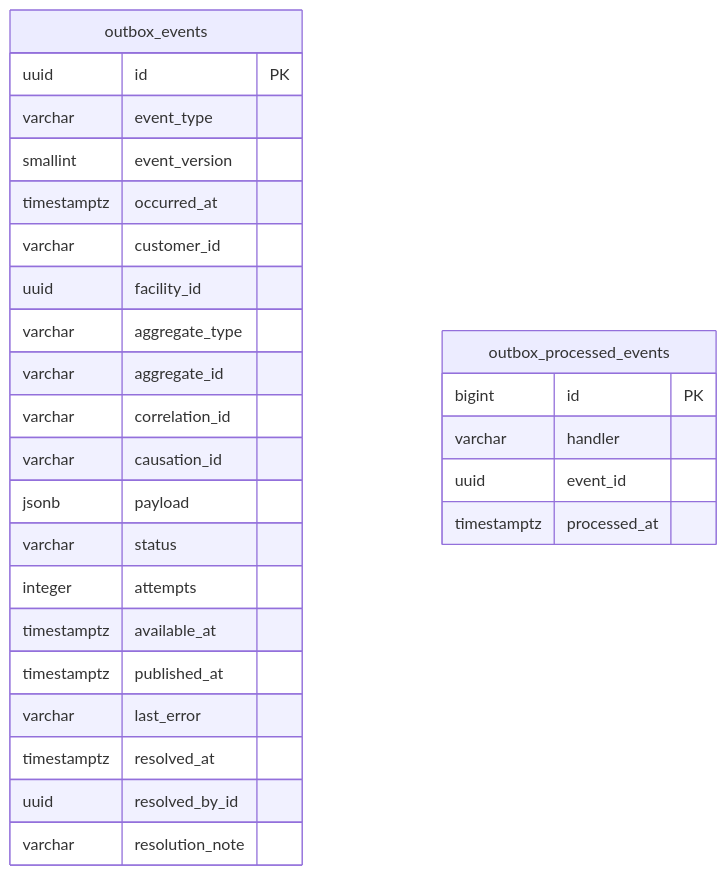
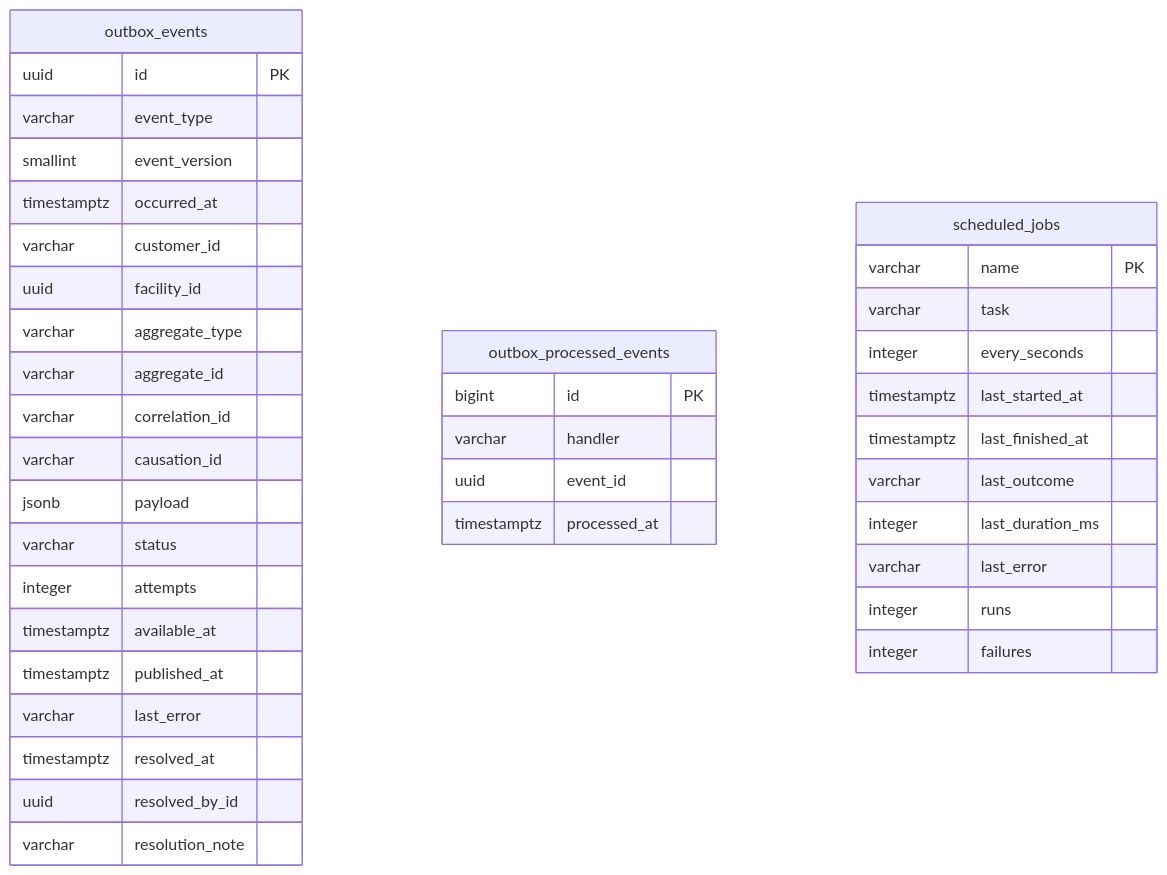
Diagram 17 of 18 in docs/architecture/data-architecture/erd.md (vijayant-pandey/HIMS_Advanced), drawn with Mermaid before and after one commit. The commit also changed other lines of this file and 45 other files, not shown here.

First line of the commit message:
HIMS-OPS-022, HIMS-OPS-023: one hosted image serving screens, API and console; scheduled jobs without a worker; Scheduled jobs board (#53)

````diff
--- a/docs/architecture/data-architecture/erd.md
+++ b/docs/architecture/data-architecture/erd.md
@@ -1433,30 +1434,42 @@
 ```mermaid
 erDiagram
     outbox_events {
         uuid id PK
         varchar event_type
         smallint event_version
         timestamptz occurred_at
         varchar customer_id
         uuid facility_id
         varchar aggregate_type
         varchar aggregate_id
         varchar correlation_id
         varchar causation_id
         jsonb payload
         varchar status
         integer attempts
         timestamptz available_at
         timestamptz published_at
         varchar last_error
         timestamptz resolved_at
         uuid resolved_by_id
         varchar resolution_note
     }
     outbox_processed_events {
         bigint id PK
         varchar handler
         uuid event_id
         timestamptz processed_at
     }
+    scheduled_jobs {
+        varchar name PK
+        varchar task
+        integer every_seconds
+        timestamptz last_started_at
+        timestamptz last_finished_at
+        varchar last_outcome
+        integer last_duration_ms
+        varchar last_error
+        integer runs
+        integer failures
+    }
 ```
````
